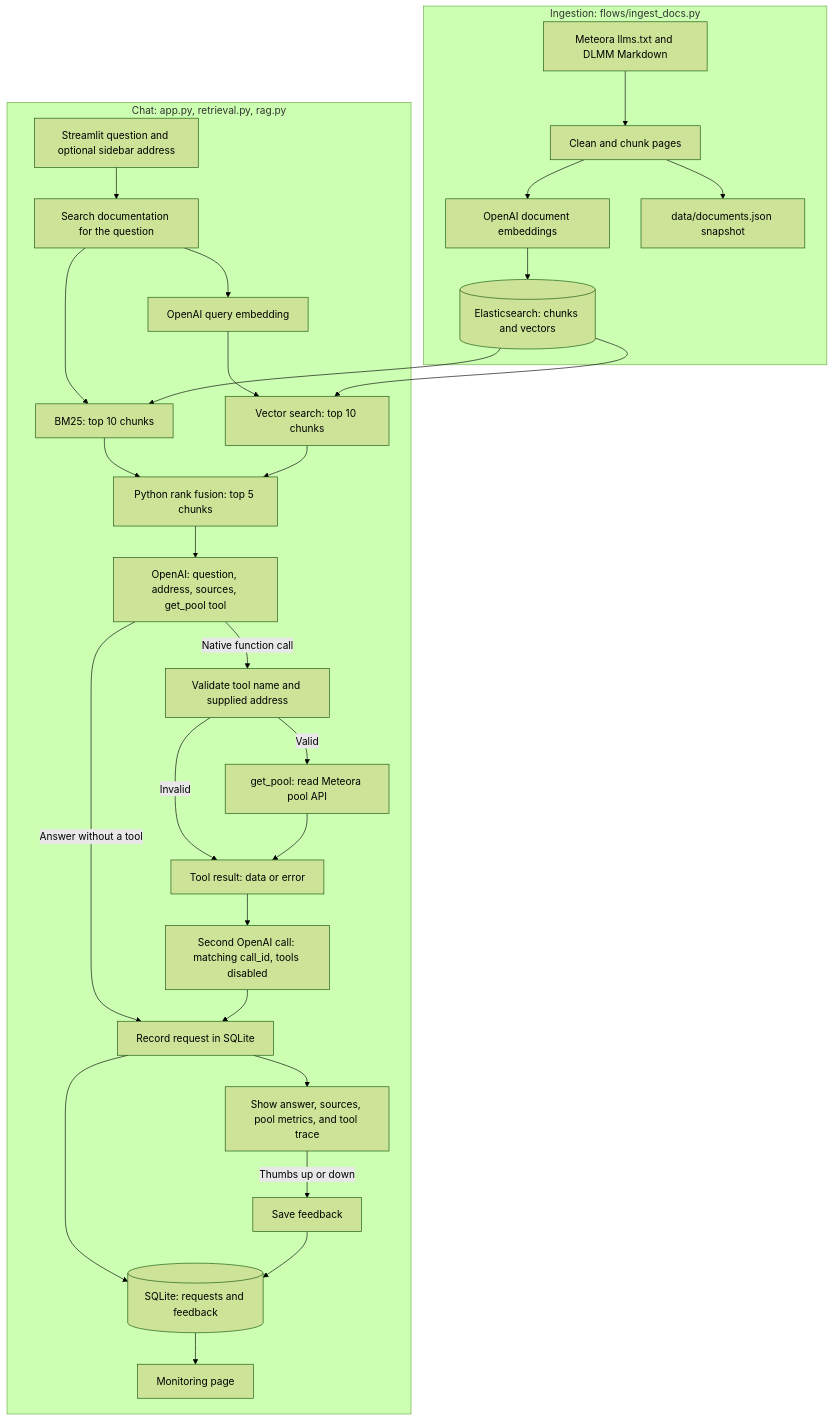
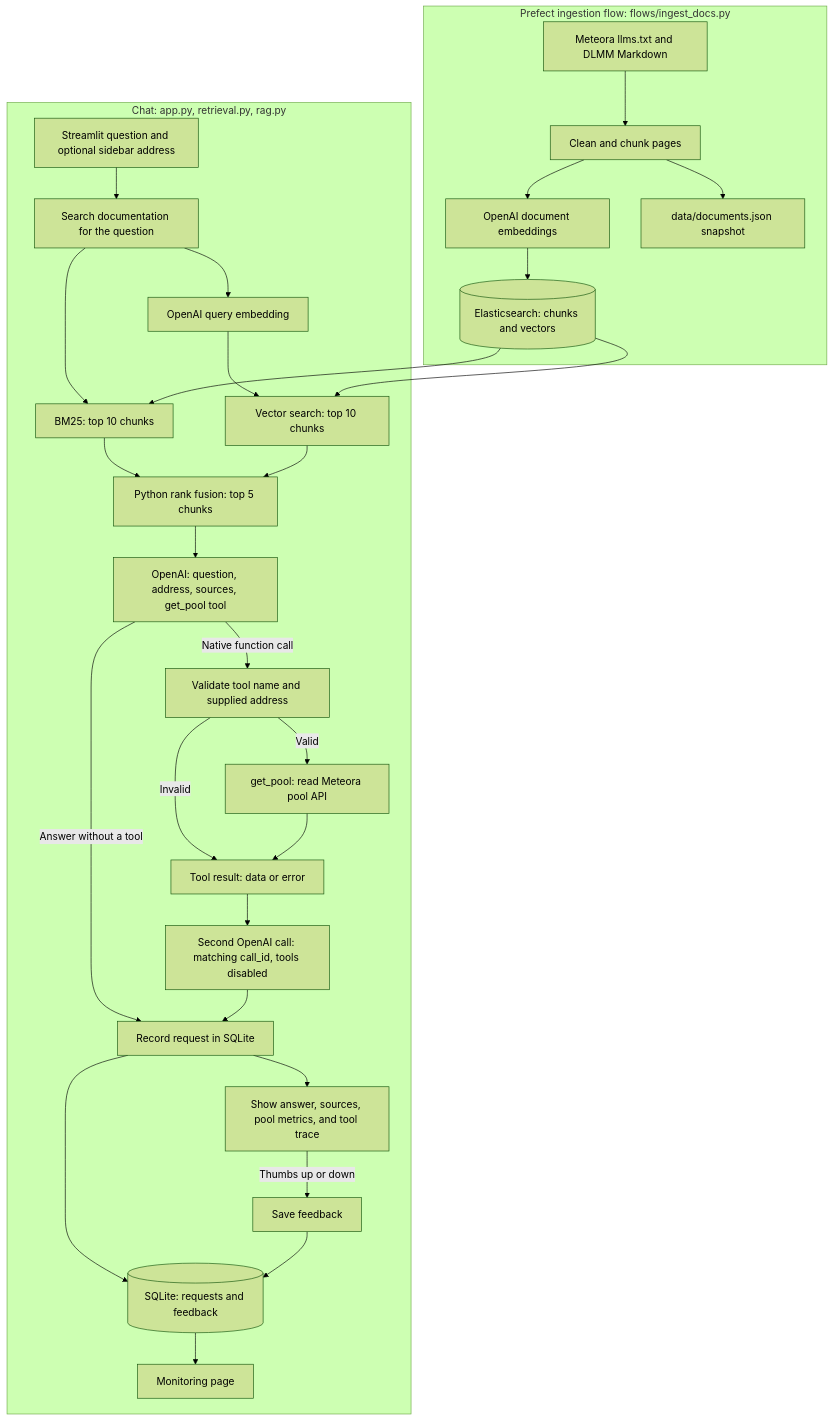
Before and after one commit to Nogromi/llmzoomcamp-capstone: the diagram in README.md, drawn with Mermaid (forest theme). The commit also changed other lines of this file and 4 other files, not shown here.

Commit message:
Add Prefect ingestion and expand monitoring charts

````diff
--- a/README.md
+++ b/README.md
@@ -9,35 +9,35 @@
 ```mermaid
 flowchart TD
-    subgraph Indexing[Ingestion: flows/ingest_docs.py]
+    subgraph Indexing[Prefect ingestion flow: flows/ingest_docs.py]
         Docs[Meteora llms.txt and DLMM Markdown] --> Chunks[Clean and chunk pages]
         Chunks --> Embed[OpenAI document embeddings]
         Embed --> ES[(Elasticsearch: chunks and vectors)]
         Chunks --> JSON[data/documents.json snapshot]
     end
 
     subgraph Chat[Chat: app.py, retrieval.py, rag.py]
         Input[Streamlit question and optional sidebar address] --> Search[Search documentation for the question]
         Search --> BM25[BM25: top 10 chunks]
         Search --> QueryEmbed[OpenAI query embedding]
         QueryEmbed --> Vector[Vector search: top 10 chunks]
         ES --> BM25
         ES --> Vector
         BM25 --> RRF[Python rank fusion: top 5 chunks]
         Vector --> RRF
         RRF --> LLM[OpenAI: question, address, sources, get_pool tool]
         LLM -->|Answer without a tool| Log[Record request in SQLite]
         LLM -->|Native function call| Validate[Validate tool name and supplied address]
         Validate -->|Valid| Pool[get_pool: read Meteora pool API]
         Validate -->|Invalid| Result[Tool result: data or error]
         Pool --> Result
         Result --> Final[Second OpenAI call: matching call_id, tools disabled]
         Final --> Log
         Log --> View[Show answer, sources, pool metrics, and tool trace]
 
         Log --> DB[(SQLite: requests and feedback)]
         View -->|Thumbs up or down| Feedback[Save feedback]
         Feedback --> DB
         DB --> Monitor[Monitoring page]
     end
 
 ```
````
